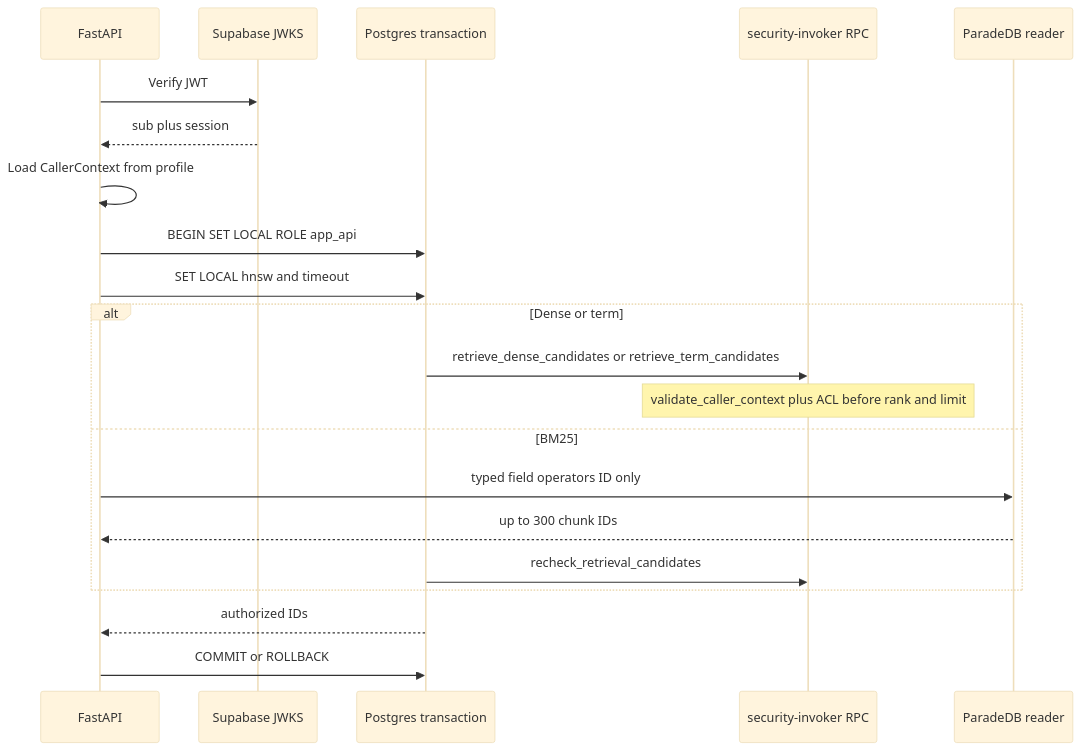
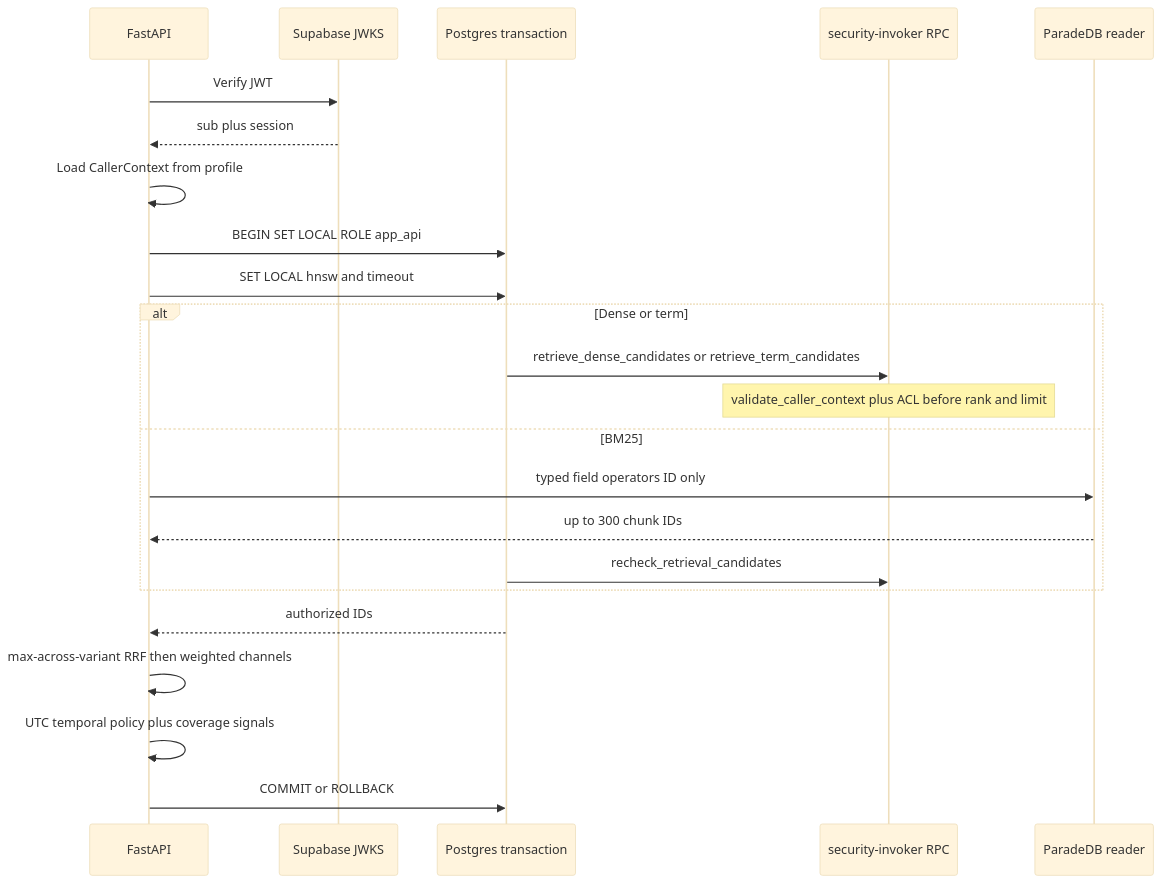
Before and after one commit to Nagdy8888/smart-rag: the first of 2 diagrams in docs/retrieval/HYBRID_RETRIEVAL_CONTRACT.md, drawn with Mermaid (base theme). The commit also changed other lines of this file and 13 other files, not shown here.

````diff
--- a/docs/retrieval/HYBRID_RETRIEVAL_CONTRACT.md
+++ b/docs/retrieval/HYBRID_RETRIEVAL_CONTRACT.md
@@ -27,24 +29,26 @@
 ```mermaid
 sequenceDiagram
   participant API as FastAPI
   participant JWKS as Supabase JWKS
   participant Txn as Postgres transaction
   participant RPC as security-invoker RPC
   participant PDB as ParadeDB reader
 
   API->>JWKS: Verify JWT
   JWKS-->>API: sub plus session
   API->>API: Load CallerContext from profile
   API->>Txn: BEGIN SET LOCAL ROLE app_api
   API->>Txn: SET LOCAL hnsw and timeout
   alt Dense or term
     Txn->>RPC: retrieve_dense_candidates or retrieve_term_candidates
     Note over RPC: validate_caller_context plus ACL before rank and limit
   else BM25
     API->>PDB: typed field operators ID only
     PDB-->>API: up to 300 chunk IDs
     Txn->>RPC: recheck_retrieval_candidates
   end
   Txn-->>API: authorized IDs
+  API->>API: max-across-variant RRF then weighted channels
+  API->>API: UTC temporal policy plus coverage signals
   API->>Txn: COMMIT or ROLLBACK
 ```
````
